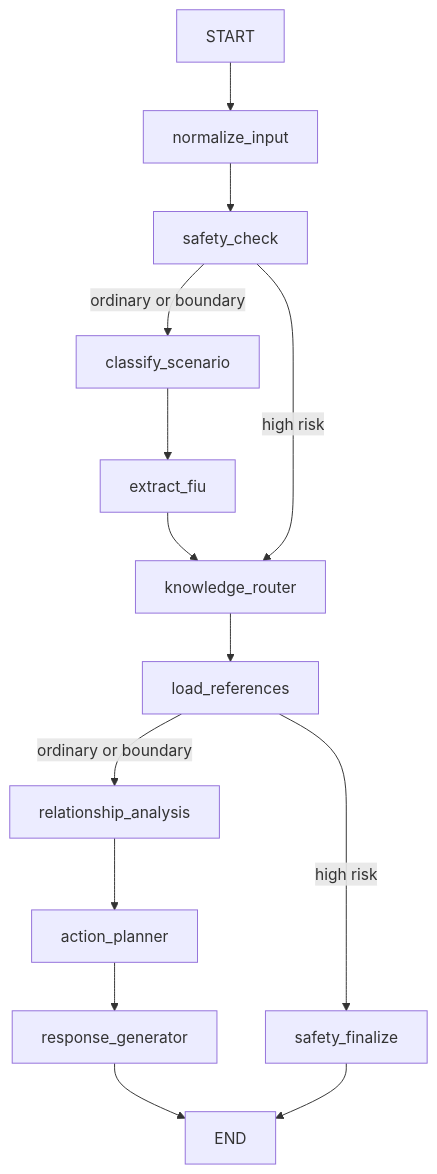
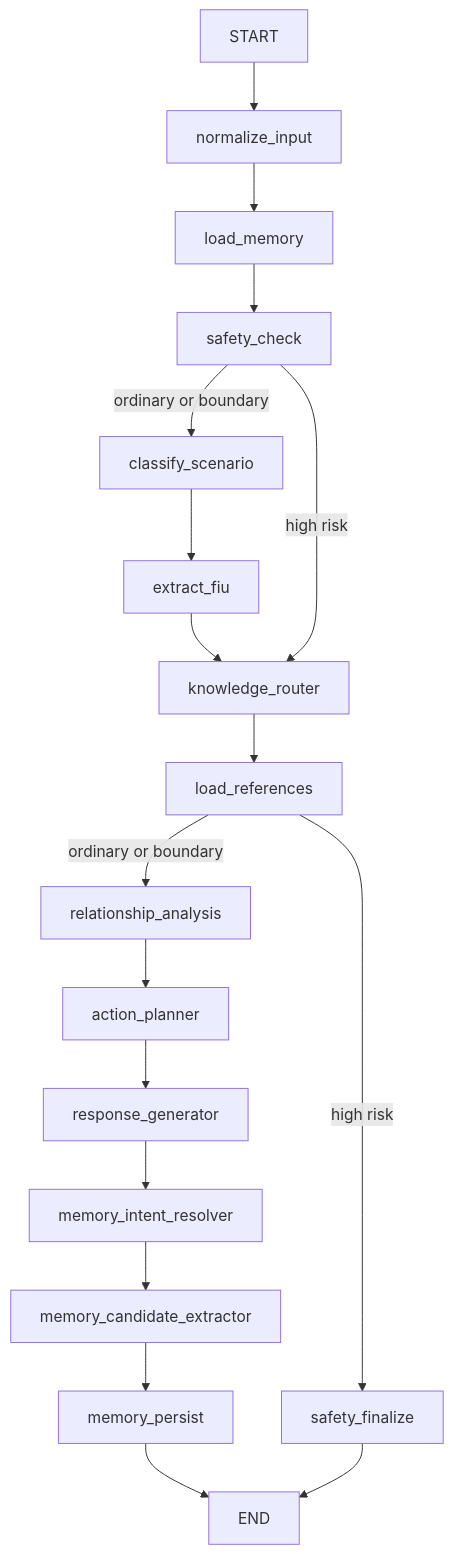
The diagram in docs/AGENT_RUNTIME.md (Lack666/goutouapp), drawn with Mermaid before and after one commit. The commit also changed other lines of this file and 30 other files, not shown here.

````diff
--- a/docs/AGENT_RUNTIME.md
+++ b/docs/AGENT_RUNTIME.md
@@ -155,9 +159,9 @@
 ```mermaid
 flowchart TD
-  START --> normalize_input --> safety_check
+  START --> normalize_input --> load_memory --> safety_check
   safety_check -->|ordinary or boundary| classify_scenario --> extract_fiu --> knowledge_router
   safety_check -->|high risk| knowledge_router
   knowledge_router --> load_references
-  load_references -->|ordinary or boundary| relationship_analysis --> action_planner --> response_generator --> END
+  load_references -->|ordinary or boundary| relationship_analysis --> action_planner --> response_generator --> memory_intent_resolver --> memory_candidate_extractor --> memory_persist --> END
   load_references -->|high risk| safety_finalize --> END
 ```
````
